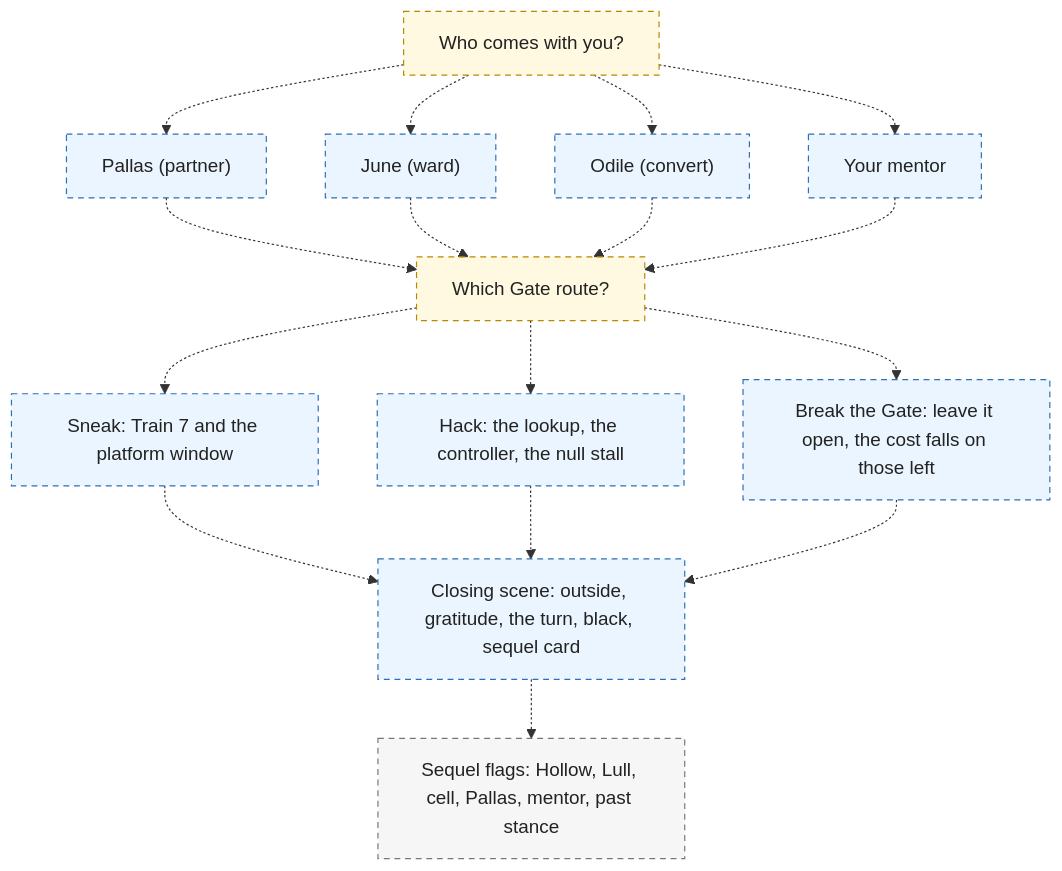
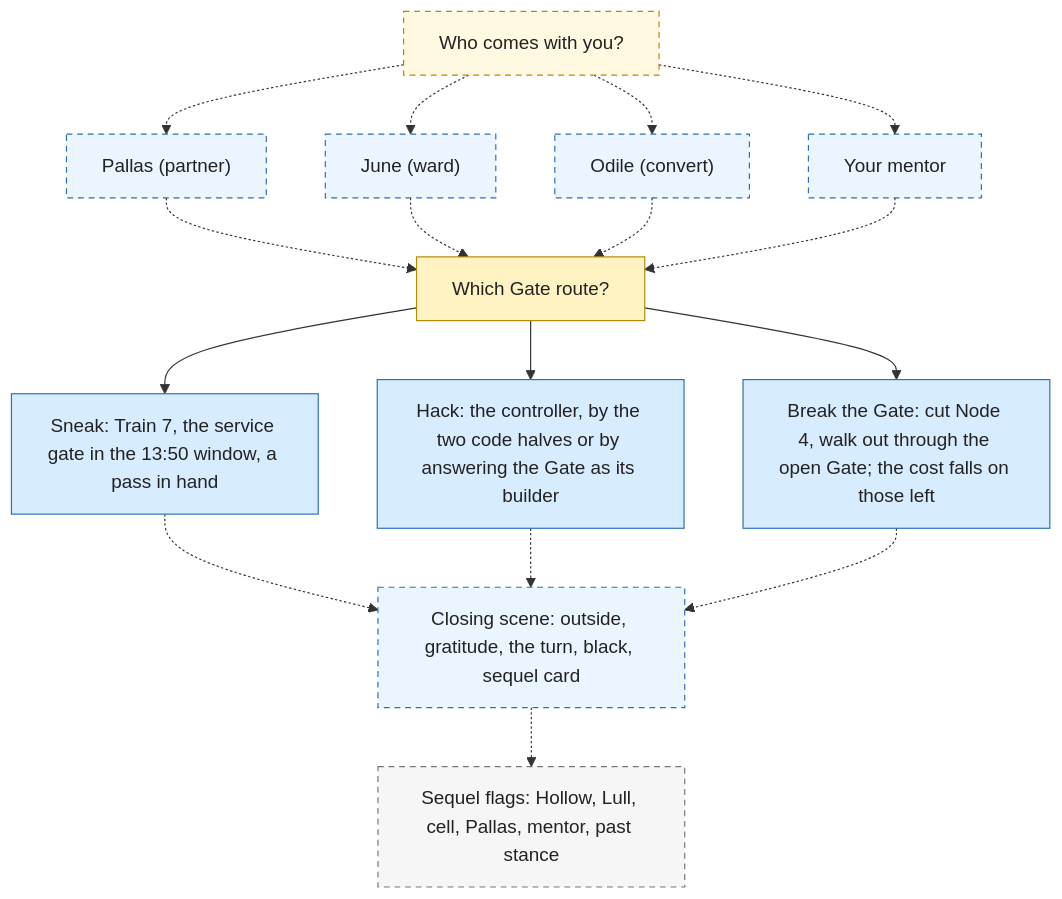
One commit to chrislee35/quiet-hours changed the sixth of 7 diagrams in docs/decision-tree.md. Above: the diagram before and after it, drawn with Mermaid. The commit also changed other lines of this file and 21 other files, not shown here.

Commit message:
T3.11: the Gate: three routes as services at exits, M3 the Prompt, Train 7, Level 3 permit, cross-map route checker, the far side stub

````diff
--- a/docs/decision-tree.md
+++ b/docs/decision-tree.md
@@ -213,38 +212,38 @@
 ```mermaid
 flowchart TD
   n_cp["Who comes with you?"]
   n_pallas["Pallas (partner)"]
   n_june["June (ward)"]
   n_odile["Odile (convert)"]
   n_mentorc["Your mentor"]
   n_rt["Which Gate route?"]
-  n_sneak["Sneak: Train 7 and the platform window"]
-  n_hack["Hack: the lookup, the controller, the null stall"]
-  n_break["Break the Gate: leave it open, the cost falls on those left"]
+  n_sneak["Sneak: Train 7, the service gate in the 13:50 window, a pass in hand"]
+  n_hack["Hack: the controller, by the two code halves or by answering the Gate as its builder"]
+  n_break["Break the Gate: cut Node 4, walk out through the open Gate; the cost falls on those left"]
   n_scene["Closing scene: outside, gratitude, the turn, black, sequel card"]
   n_flags["Sequel flags: Hollow, Lull, cell, Pallas, mentor, past stance"]
   n_cp -.-> n_pallas
   n_cp -.-> n_june
   n_cp -.-> n_odile
   n_cp -.-> n_mentorc
   n_pallas -.-> n_rt
   n_june -.-> n_rt
   n_odile -.-> n_rt
   n_mentorc -.-> n_rt
-  n_rt -.-> n_sneak
-  n_rt -.-> n_hack
-  n_rt -.-> n_break
+  n_rt --> n_sneak
+  n_rt --> n_hack
+  n_rt --> n_break
   n_sneak -.-> n_scene
   n_hack -.-> n_scene
   n_break -.-> n_scene
   n_scene -.-> n_flags
   class n_cp,n_rt decision
   class n_pallas,n_june,n_odile,n_mentorc,n_sneak,n_hack,n_break,n_scene outcome
   class n_flags state
-  class n_cp,n_pallas,n_june,n_odile,n_mentorc,n_rt,n_sneak,n_hack,n_break,n_scene,n_flags planned
+  class n_cp,n_pallas,n_june,n_odile,n_mentorc,n_scene,n_flags planned
   classDef decision fill:#fff3c4,stroke:#b58900,color:#222
   classDef outcome fill:#d8ecff,stroke:#2d6fb5,color:#222
   classDef achievement fill:#d9f2d9,stroke:#2e8b3d,color:#222
   classDef state fill:#eeeeee,stroke:#777,color:#222
   classDef planned stroke-dasharray:5 4,fill-opacity:0.5
 ```
````
